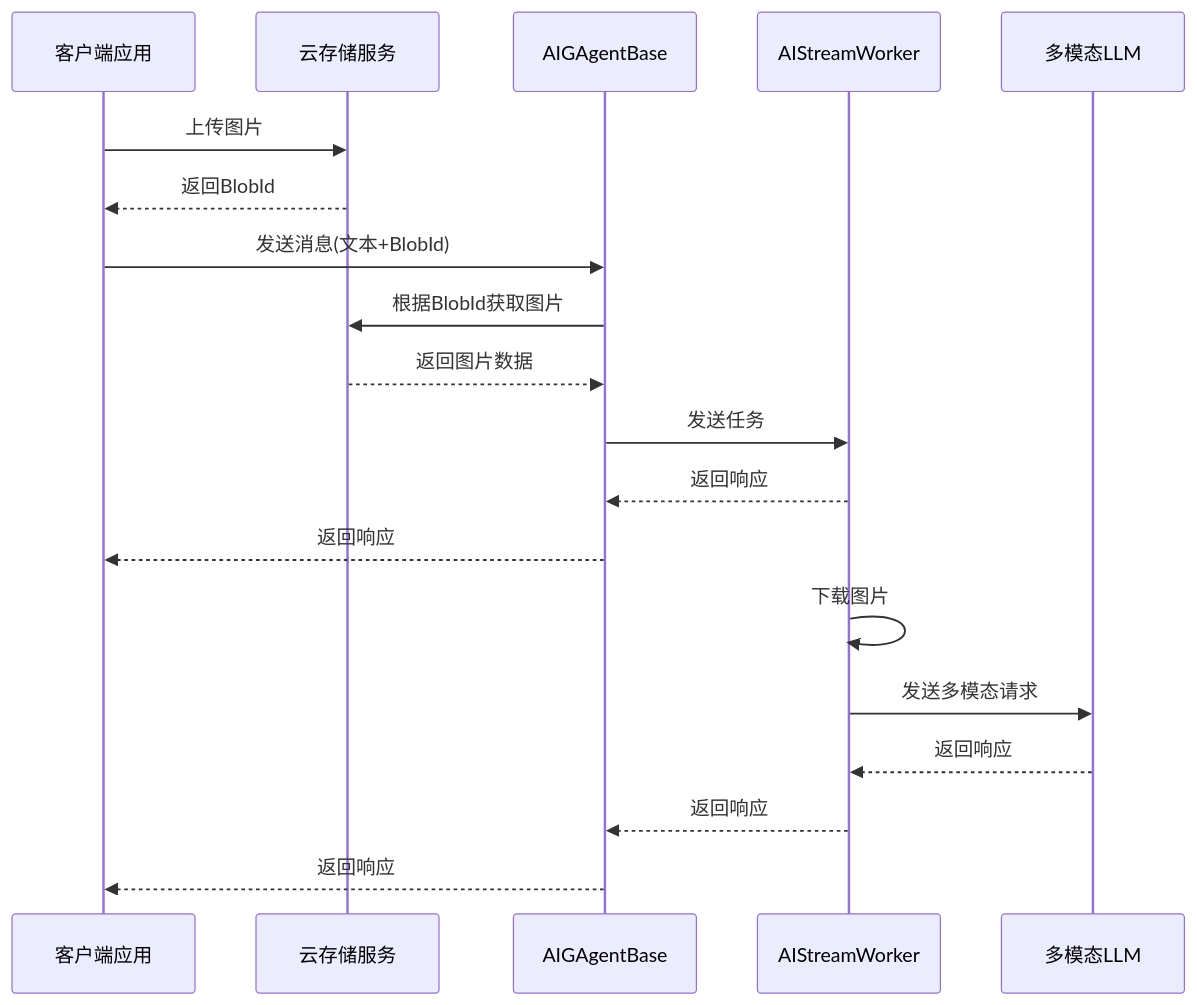
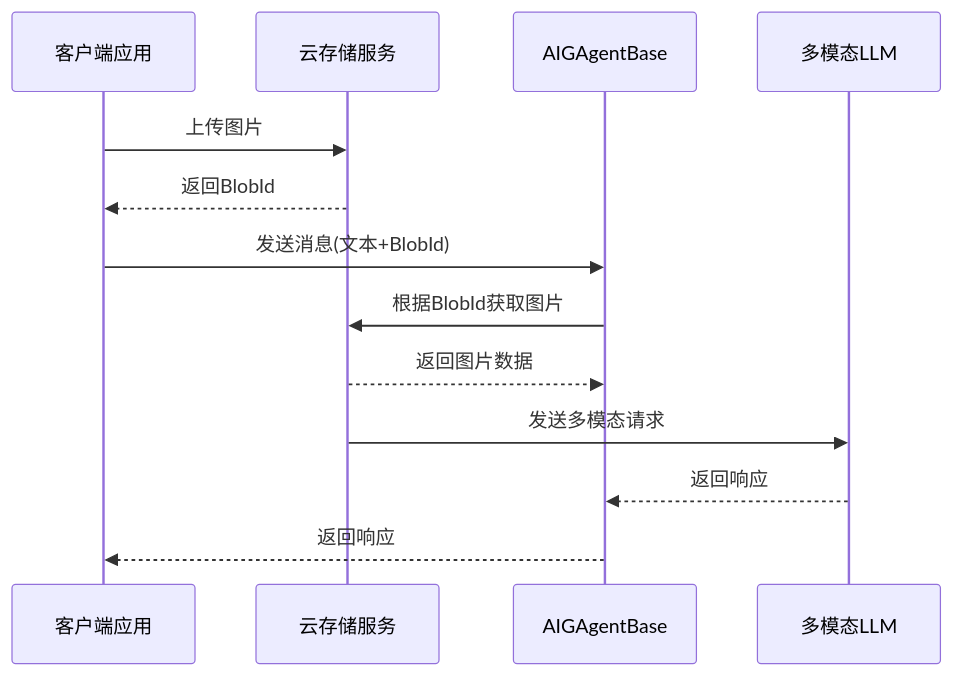
One commit to aevatarAI/aevatar-gagents changed the second of 2 diagrams in issue100.md. Above: the diagram before and after it, drawn with Mermaid.

````diff
--- a/issue100.md
+++ b/issue100.md
@@ -40,26 +40,20 @@
 ```mermaid
 sequenceDiagram
     participant Client as 客户端应用
     participant Blob as 云存储服务
     participant Agent as AIGAgentBase
-    participant AIStreamWorker as AIStreamWorker
     participant LLM as 多模态LLM
     
     Client->>Blob: 上传图片
     Blob-->>Client: 返回BlobId
     
     Client->>Agent: 发送消息(文本+BlobId)
     Agent->>Blob: 根据BlobId获取图片
     Blob-->>Agent: 返回图片数据
     
-    Agent->>AIStreamWorker: 发送任务
-    AIStreamWorker-->>Agent: 返回响应
-    Agent-->>Client: 返回响应
-    AIStreamWorker->>AIStreamWorker: 下载图片
-    AIStreamWorker->>LLM: 发送多模态请求
+    Blob->>LLM: 发送多模态请求
     
-    LLM-->>AIStreamWorker: 返回响应
-    AIStreamWorker-->>Agent: 返回响应
+    LLM-->>Agent: 返回响应
     Agent-->>Client: 返回响应
     
 ```
````
